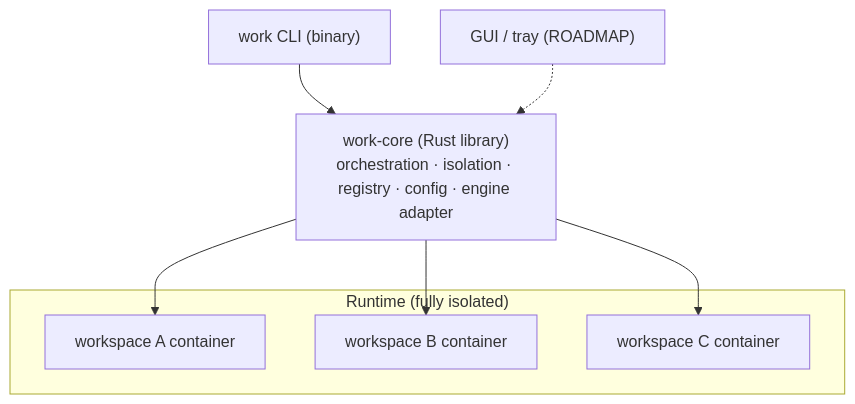
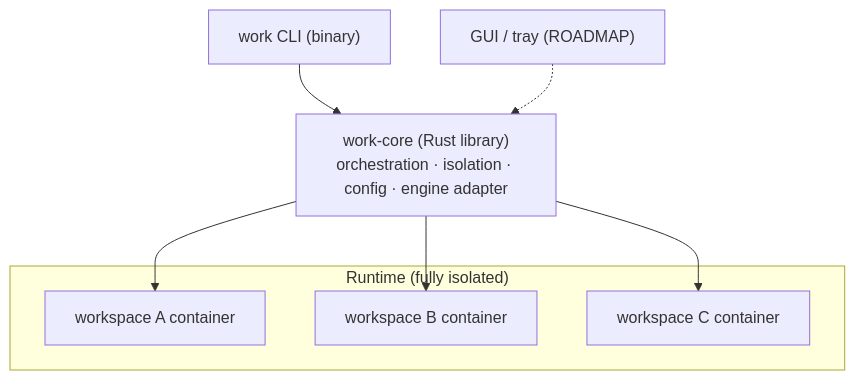
The diagram in docs/superpowers/specs/2026-07-28-work-cli-design.md (0xLucasCoelho/work-cli), drawn with Mermaid before and after one commit. The commit also changed other lines of this file, not shown here.

Commit message:
docs: focus spec on session+isolation manager (no tool install/login automation, BYO tools)

````diff
--- a/docs/superpowers/specs/2026-07-28-work-cli-design.md
+++ b/docs/superpowers/specs/2026-07-28-work-cli-design.md
@@ -68,13 +66,13 @@
 ```mermaid
 flowchart TB
   CLI["work CLI (binary)"]
-  CORE["work-core (Rust library)<br/>orchestration · isolation · registry · config · engine adapter"]
+  CORE["work-core (Rust library)<br/>orchestration · isolation · config · engine adapter"]
   subgraph RUN["Runtime (fully isolated)"]
     W1[workspace A container]
     W2[workspace B container]
     W3[workspace C container]
   end
   CLI --> CORE
   CORE --> W1 & W2 & W3
   GUI["GUI / tray (ROADMAP)"] -.-> CORE
 ```
````
